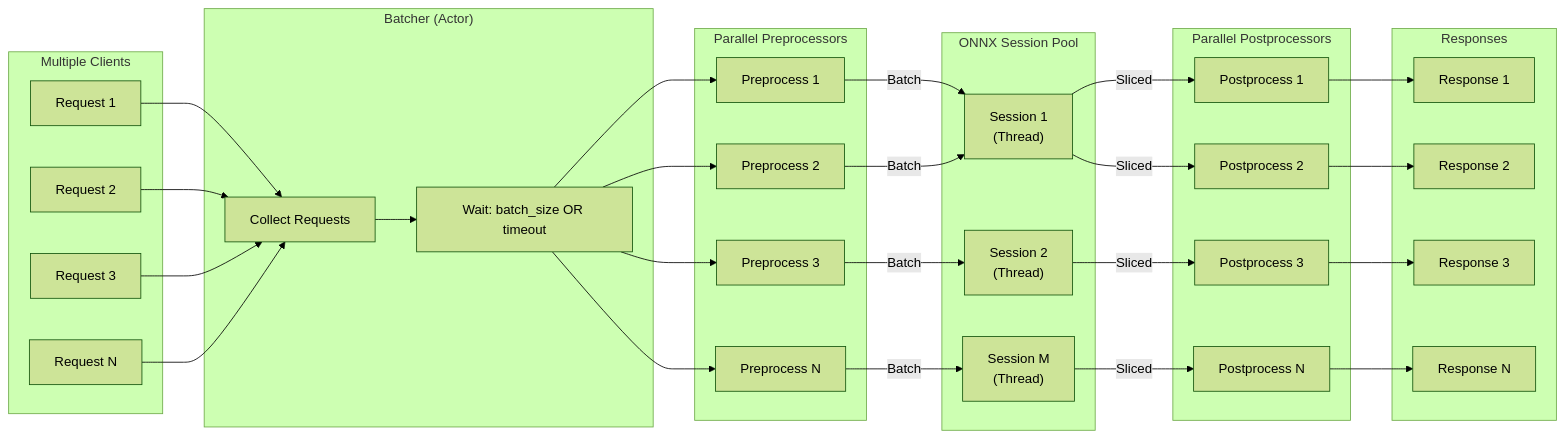
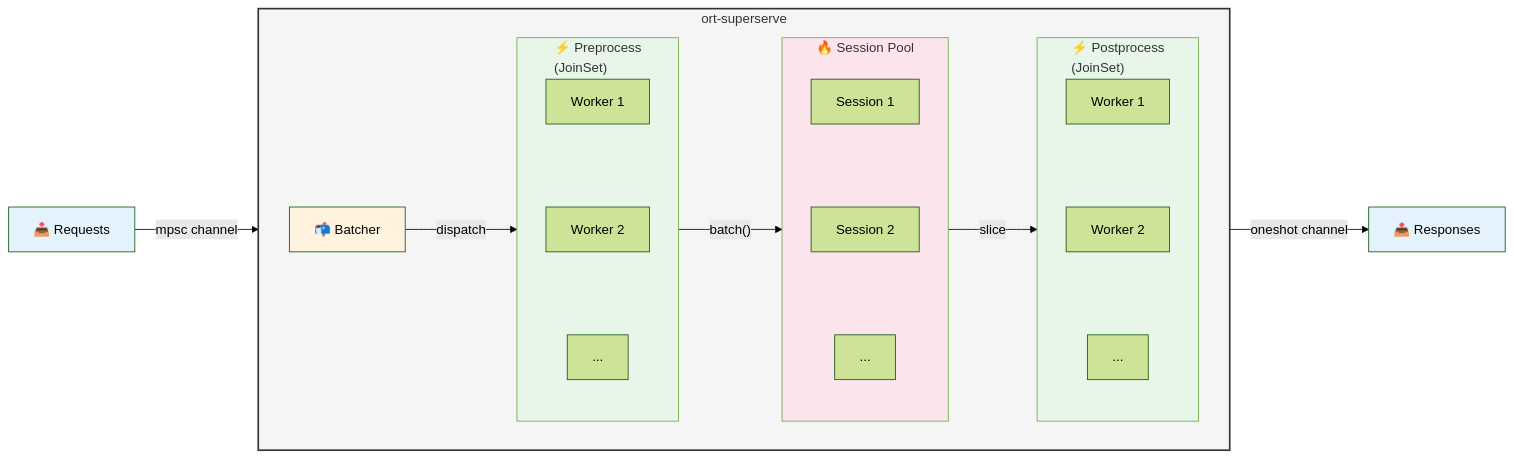
One commit to JiraPit/ort-superserve changed the diagram in diagrams/flow.mmd. Above: the diagram before and after it, drawn with Mermaid (forest theme). The commit also changed 2 other files, not shown here.

Commit message:
Update README and add architecture diagram

```diff
--- a/diagrams/flow.mmd
+++ b/diagrams/flow.mmd
@@ -1,66 +1,41 @@
 flowchart LR
-    subgraph Clients["Multiple Clients"]
-        R1["Request 1"]
-        R2["Request 2"]
-        R3["Request 3"]
-        R4["Request N"]
+    Requests["📥 Requests"] -->|"mpsc channel"| Batcher["📬 Batcher"]
+    
+    subgraph INSIDE["ort-superserve"]
+        direction LR
+        
+        subgraph P["⚡ Preprocess\n(JoinSet)"]
+            P1["Worker 1"]
+            P2["Worker 2"]
+            P3["..."]
+            P1 ~~~ P2 ~~~ P3
+        end
+        
+        subgraph S["🔥 Session Pool"]
+            S1["Session 1"]
+            S2["Session 2"]
+            S3["..."]
+            S1 ~~~ S2 ~~~ S3
+        end
+        
+        subgraph PP["⚡ Postprocess\n(JoinSet)"]
+            PP1["Worker 1"]
+            PP2["Worker 2"]
+            PP3["..."]
+            PP1 ~~~ PP2 ~~~ PP3
+        end
+        
+        Batcher -->|"dispatch"| P
+        P -->|"batch()"| S
+        S -->|"slice"| PP
     end
+    
+    PP -->|"oneshot channel"| Responses["📤 Responses"]
 
-    subgraph Batcher["Batcher (Actor)"]
-        BC["Collect Requests"]
-        BT["Wait: batch_size OR timeout"]
-    end
-
-    subgraph Preprocessors["Parallel Preprocessors"]
-        P1["Preprocess 1"]
-        P2["Preprocess 2"]
-        P3["Preprocess 3"]
-        PN["Preprocess N"]
-    end
-
-    subgraph Pool["ONNX Session Pool"]
-        W1["Session 1<br/>(Thread)"]
-        W2["Session 2<br/>(Thread)"]
-        W3["Session M<br/>(Thread)"]
-    end
-
-    subgraph Postprocessors["Parallel Postprocessors"]
-        PP1["Postprocess 1"]
-        PP2["Postprocess 2"]
-        PP3["Postprocess 3"]
-        PPN["Postprocess N"]
-    end
-
-    subgraph Responses["Responses"]
-        O1["Response 1"]
-        O2["Response 2"]
-        O3["Response 3"]
-        O4["Response N"]
-    end
-
-    R1 --> BC
-    R2 --> BC
-    R3 --> BC
-    R4 --> BC
-    
-    BC --> BT
-    
-    BT --> P1
-    BT --> P2
-    BT --> P3
-    BT --> PN
-    
-    P1 --> |"Batch"| W1
-    P2 --> |"Batch"| W1
-    P3 --> |"Batch"| W2
-    PN --> |"Batch"| W3
-    
-    W1 --> |"Sliced"| PP1
-    W1 --> |"Sliced"| PP2
-    W2 --> |"Sliced"| PP3
-    W3 --> |"Sliced"| PPN
-    
-    PP1 --> O1
-    PP2 --> O2
-    PP3 --> O3
-    PPN --> O4
+    style INSIDE fill:#f5f5f5,stroke:#333,stroke-width:2px
+    style Requests fill:#e3f2fd
+    style Responses fill:#e3f2fd
+    style Batcher fill:#fff3e0
+    style P fill:#e8f5e9
+    style S fill:#fce4ec
+    style PP fill:#e8f5e9
```
